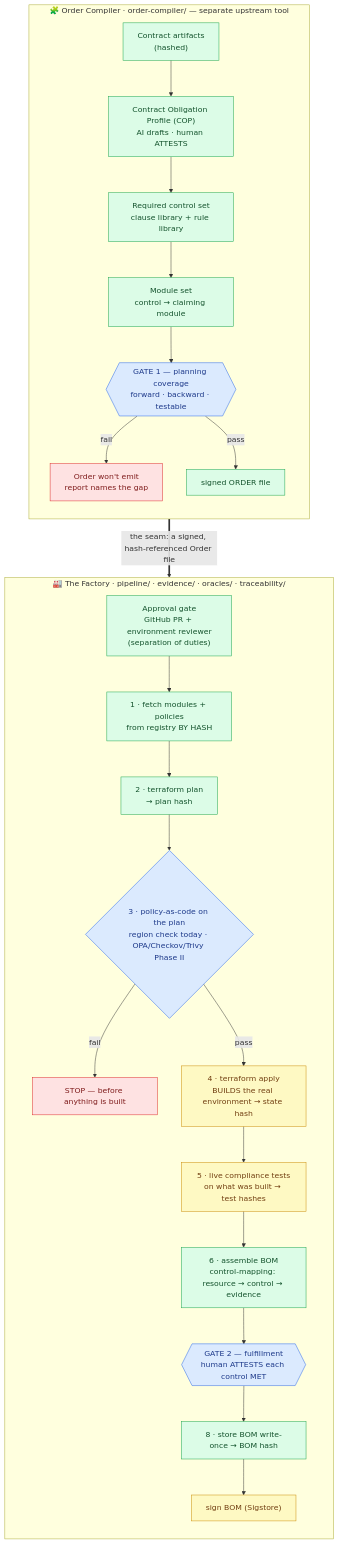
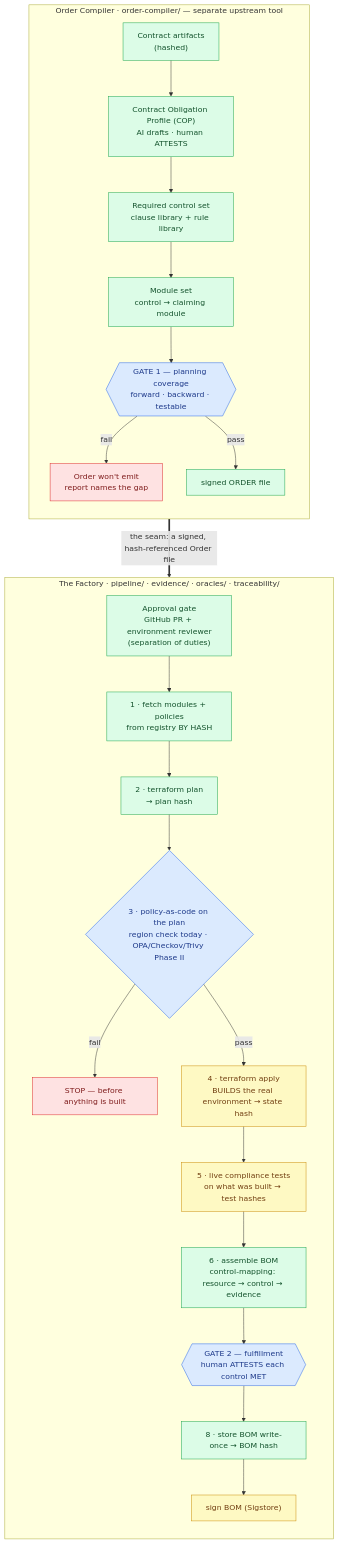
One commit to DynamicalSystemsGroup/dsg-compliance-engine changed the first of 5 diagrams in ARCHITECTURE.md. Above: the diagram before and after it, drawn with Mermaid. The commit also changed other lines of this file and 17 other files, not shown here.

````diff
--- a/ARCHITECTURE.md
+++ b/ARCHITECTURE.md
@@ -9,37 +9,37 @@
 ```mermaid
 flowchart TB
-    subgraph OC["🧩 Order Compiler · order-compiler/ — separate upstream tool"]
+    subgraph OC["Order Compiler · order-compiler/ — separate upstream tool"]
         direction TB
         C["Contract artifacts<br/>(hashed)"] --> COP["Contract Obligation Profile (COP)<br/>AI drafts · human ATTESTS"]
         COP --> RC["Required control set<br/>clause library + rule library"]
         RC --> MOD["Module set<br/>control → claiming module"]
         MOD --> G1{{"GATE 1 — planning coverage<br/>forward · backward · testable"}}
         G1 -->|fail| X1["Order won't emit<br/>report names the gap"]
         G1 -->|pass| ORD["signed ORDER file"]
     end
 
     ORD ==>|"the seam: a signed, hash-referenced Order file"| AP
 
-    subgraph FAC["🏭 The Factory · pipeline/ · evidence/ · oracles/ · traceability/"]
+    subgraph FAC["The Factory · pipeline/ · evidence/ · oracles/ · traceability/"]
         direction TB
         AP["Approval gate<br/>GitHub PR + environment reviewer<br/>(separation of duties)"] --> F1["1 · fetch modules + policies<br/>from registry BY HASH"]
         F1 --> F2["2 · terraform plan<br/>→ plan hash"]
         F2 --> F3{"3 · policy-as-code on the plan<br/>region check today · OPA/Checkov/Trivy Phase II"}
         F3 -->|fail| STOP["STOP — before anything is built"]
         F3 -->|pass| F4["4 · terraform apply<br/>BUILDS the real environment → state hash"]
         F4 --> F5["5 · live compliance tests<br/>on what was built → test hashes"]
         F5 --> F6["6 · assemble BOM<br/>control-mapping: resource → control → evidence"]
         F6 --> G2{{"GATE 2 — fulfillment<br/>human ATTESTS each control MET"}}
         G2 --> F8["8 · store BOM write-once → BOM hash"]
         F8 --> F9["sign BOM (Sigstore)"]
     end
 
     classDef now fill:#dcfce7,stroke:#16a34a,color:#14532d;
     classDef later fill:#fef9c3,stroke:#ca8a04,color:#713f12;
     classDef gate fill:#dbeafe,stroke:#2563eb,color:#1e3a8a;
     classDef stop fill:#fee2e2,stroke:#dc2626,color:#7f1d1d;
     class C,COP,RC,MOD,ORD,AP,F1,F2,F6,F8 now;
     class F4,F5,F9 later;
     class G1,G2,F3 gate;
     class X1,STOP stop;
 ```
````
